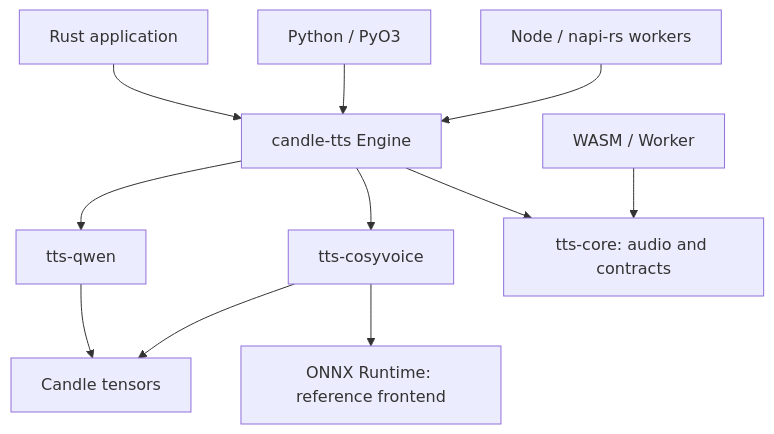
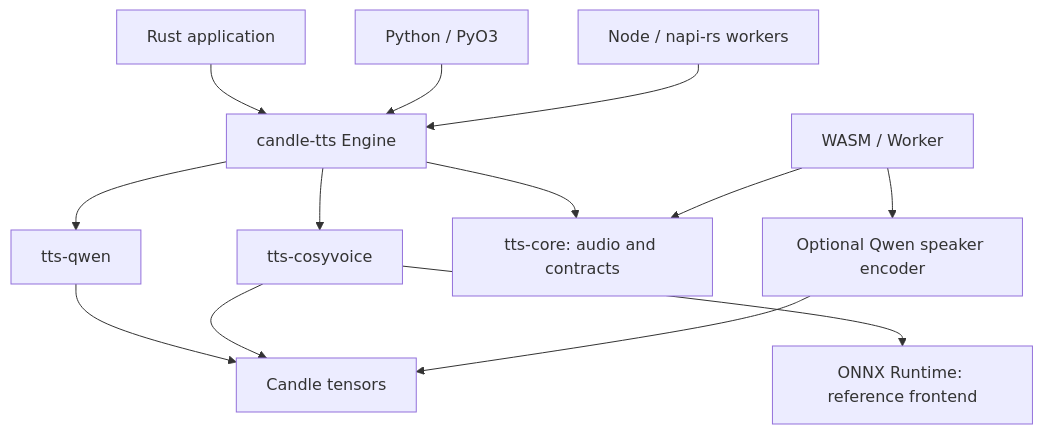
One commit to SpenserCai/tts-rs changed the first of 2 diagrams in docs/architecture.md. Above: the diagram before and after it, drawn with Mermaid. The commit also changed other lines of this file and 80 other files, not shown here.

````diff
--- a/docs/architecture.md
+++ b/docs/architecture.md
@@ -7,13 +7,15 @@
 ```mermaid
 flowchart TD
     R["Rust application"] --> E["candle-tts Engine"]
     P["Python / PyO3"] --> E
     N["Node / napi-rs workers"] --> E
     E --> Q["tts-qwen"]
     E --> C["tts-cosyvoice"]
     Q --> T["Candle tensors"]
     C --> T
     C --> O["ONNX Runtime: reference frontend"]
     E --> A["tts-core: audio and contracts"]
     W["WASM / Worker"] --> A
+    W --> QS["Optional Qwen speaker encoder"]
+    QS --> T
 ```
````
